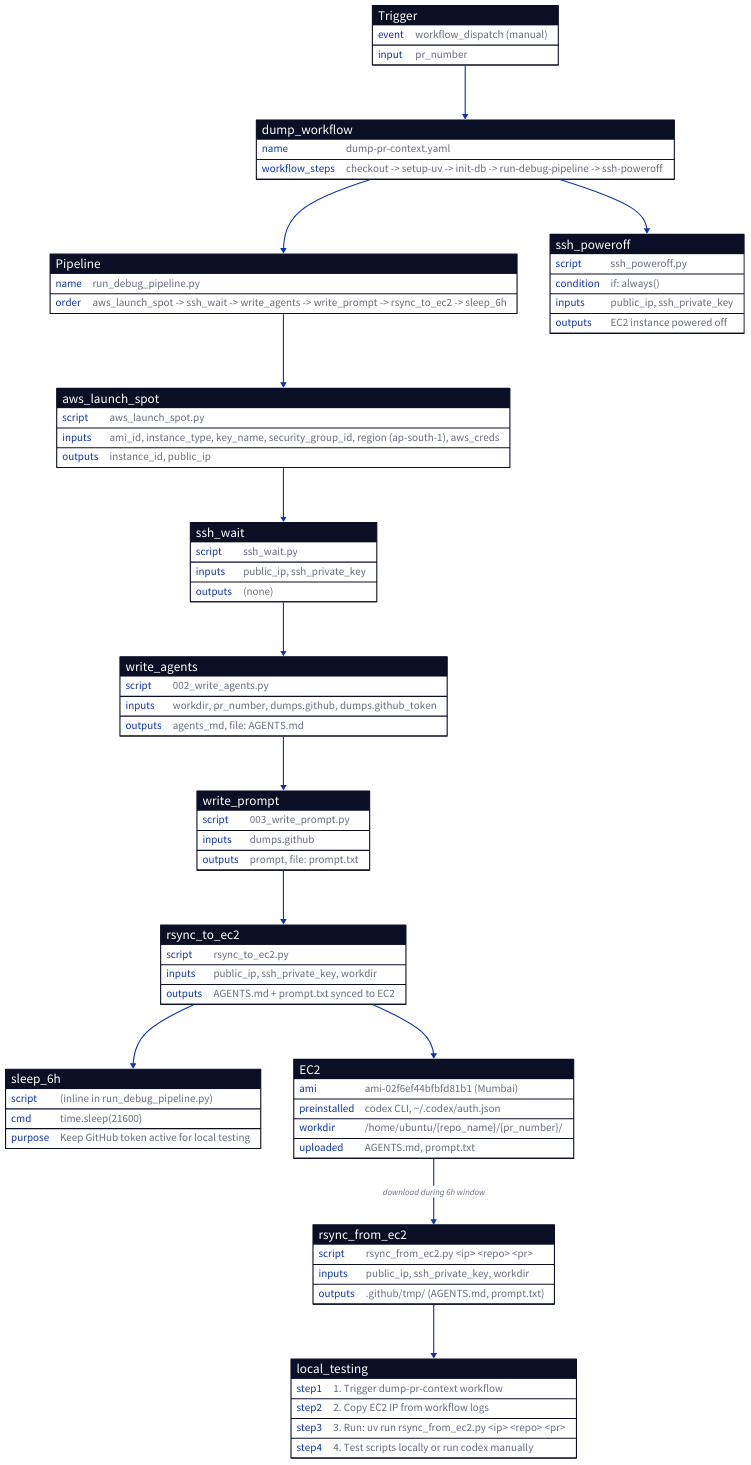
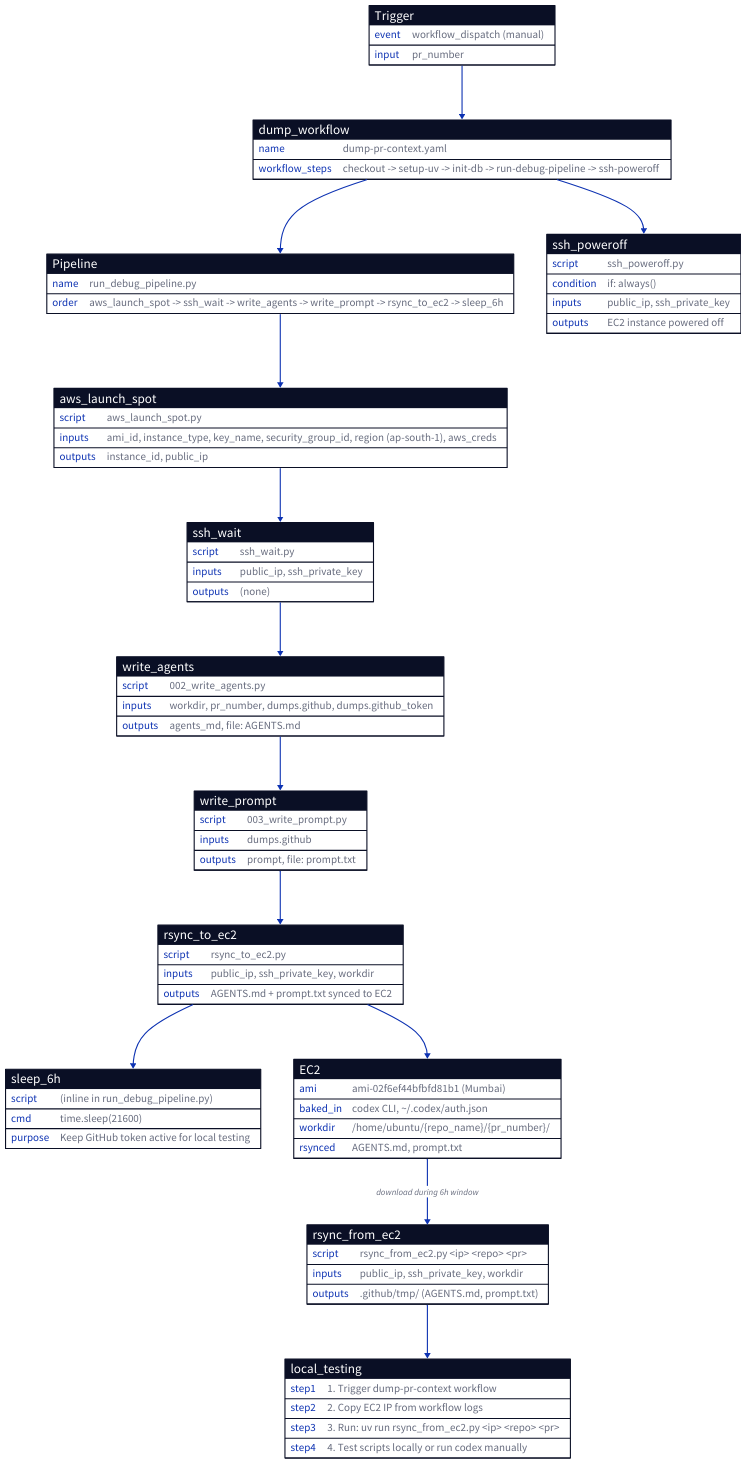
The diagram in flow_diagrams/debug_flow.d2 (fossh/codex-code-review-poc1), drawn with D2 before and after one commit. The commit also changed 1 other file, not shown here.

Commit message:
Fix D2: auth.json is baked in AMI, not rsynced

```diff
--- a/flow_diagrams/debug_flow.d2
+++ b/flow_diagrams/debug_flow.d2
@@ -1,113 +1,113 @@
 direction: down
 
 # Debug/Local Testing Flow
 
 # Trigger
 Trigger: {
   shape: sql_table
   event: "workflow_dispatch (manual)"
   input: "pr_number"
 }
 
 # Dump Workflow
 dump_workflow: {
   shape: sql_table
   name: "dump-pr-context.yaml"
   workflow_steps: "checkout -> setup-uv -> init-db -> run-debug-pipeline -> ssh-poweroff"
 }
 
 Trigger -> dump_workflow
 
 # Debug Pipeline
 Pipeline: {
   shape: sql_table
   name: "run_debug_pipeline.py"
   order: "aws_launch_spot -> ssh_wait -> write_agents -> write_prompt -> rsync_to_ec2 -> sleep_6h"
 }
 
 aws_launch_spot: {
   shape: sql_table
   script: "aws_launch_spot.py"
   inputs: "ami_id, instance_type, key_name, security_group_id, region (ap-south-1), aws_creds"
   outputs: "instance_id, public_ip"
 }
 
 ssh_wait: {
   shape: sql_table
   script: "ssh_wait.py"
   inputs: "public_ip, ssh_private_key"
   outputs: "(none)"
 }
 
 write_agents: {
   shape: sql_table
   script: "002_write_agents.py"
   inputs: "workdir, pr_number, dumps.github, dumps.github_token"
   outputs: "agents_md, file: AGENTS.md"
 }
 
 write_prompt: {
   shape: sql_table
   script: "003_write_prompt.py"
   inputs: "dumps.github"
   outputs: "prompt, file: prompt.txt"
 }
 
 rsync_to_ec2: {
   shape: sql_table
   script: "rsync_to_ec2.py"
   inputs: "public_ip, ssh_private_key, workdir"
   outputs: "AGENTS.md + prompt.txt synced to EC2"
 }
 
 sleep_6h: {
   shape: sql_table
   script: "(inline in run_debug_pipeline.py)"
   cmd: "time.sleep(21600)"
   purpose: "Keep GitHub token active for local testing"
 }
 
 ssh_poweroff: {
   shape: sql_table
   script: "ssh_poweroff.py"
   condition: "if: always()"
   inputs: "public_ip, ssh_private_key"
   outputs: "EC2 instance powered off"
 }
 
 dump_workflow -> Pipeline
 Pipeline -> aws_launch_spot -> ssh_wait -> write_agents -> write_prompt
 write_prompt -> rsync_to_ec2 -> sleep_6h
 dump_workflow -> ssh_poweroff
 
 # EC2 Instance (pre-baked AMI)
 EC2: {
   shape: sql_table
   ami: "ami-02f6ef44bfbfd81b1 (Mumbai)"
-  preinstalled: "codex CLI, ~/.codex/auth.json"
+  baked_in: "codex CLI, ~/.codex/auth.json"
   workdir: "/home/ubuntu/{repo_name}/{pr_number}/"
-  uploaded: "AGENTS.md, prompt.txt"
+  rsynced: "AGENTS.md, prompt.txt"
 }
 
 rsync_to_ec2 -> EC2
 
 # Local Download
 rsync_from_ec2: {
   shape: sql_table
   script: "rsync_from_ec2.py <ip> <repo> <pr>"
   inputs: "public_ip, ssh_private_key, workdir"
   outputs: ".github/tmp/ (AGENTS.md, prompt.txt)"
 }
 
 EC2 -> rsync_from_ec2: "download during 6h window"
 
 # Local Testing Instructions
 local_testing: {
   shape: sql_table
   step1: "1. Trigger dump-pr-context workflow"
   step2: "2. Copy EC2 IP from workflow logs"
   step3: "3. Run: uv run rsync_from_ec2.py <ip> <repo> <pr>"
   step4: "4. Test scripts locally or run codex manually"
 }
 
 rsync_from_ec2 -> local_testing
```
